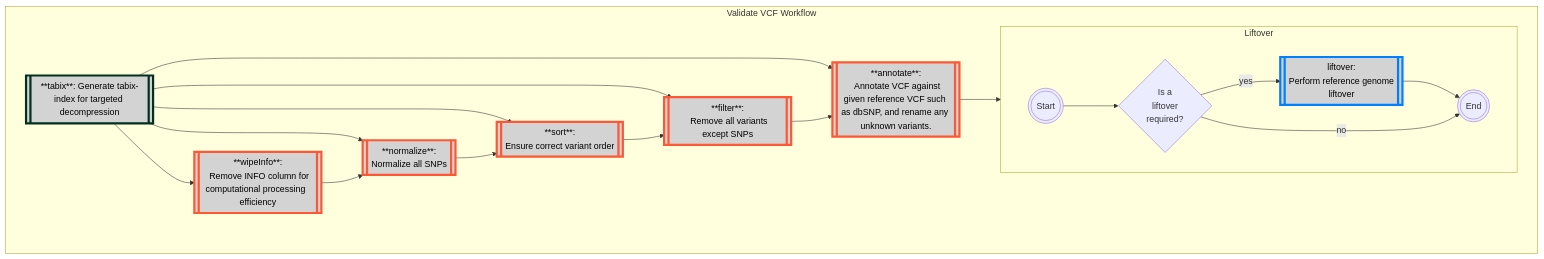
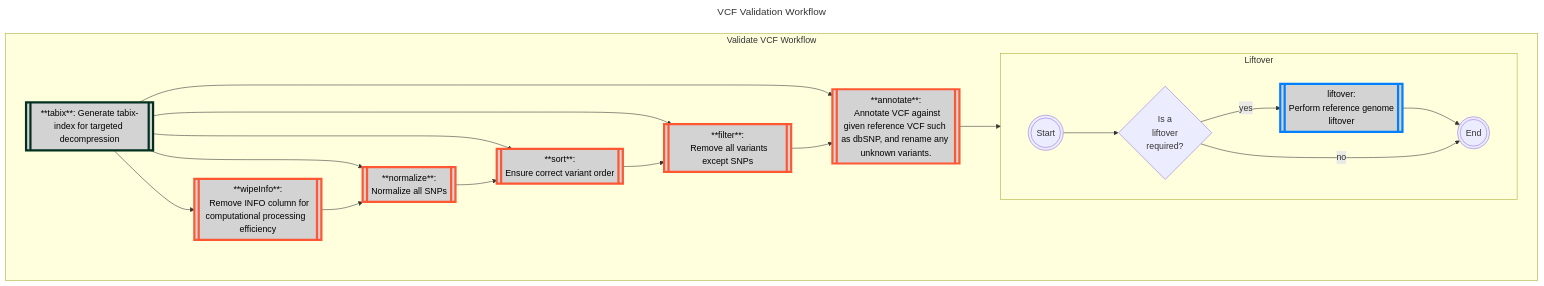
One commit to Tuks-ICMM/VCF-Validation-Workflow changed the diagram in docs/03-introduction/01-workflow-overview.md. Above: the diagram before and after it, drawn with Mermaid. The commit also changed other lines of this file and 1 other file, not shown here.

Commit message:
Updated Jekyl build dependancies and alterations to analysis graph

````diff
--- a/docs/03-introduction/01-workflow-overview.md
+++ b/docs/03-introduction/01-workflow-overview.md
@@ -31,49 +34,52 @@
 ```mermaid
+---
+title: VCF Validation Workflow
+---
 flowchart TD
 
   classDef bcftools stroke:#FF5733,fill:#D3D3D3,stroke-width:4px,color:black;
   classDef plink stroke:#36454F,fill:#D3D3D3,stroke-width:4px,color:black;
   classDef python stroke:#FEBE10,fill:#D3D3D3,stroke-width:4px,color:black;
   classDef admixture stroke:#333,fill:#D3D3D3,stroke-width:4px,color:black;
   classDef tabix stroke:#023020,fill:#D3D3D3,stroke-width:4px,color:black;
   classDef gatk stroke:#007FFF,fill:#D3D3D3,stroke-width:4px,color:black;
   classDef workflow stroke:#fff,fill:#000000,stroke-width:4px,color:white;
 
   subgraph ValidateVcfWorkflow [Validate VCF Workflow]
       wipeInfo[[**wipeInfo**:
   Remove INFO column for computational processing  efficiency]]
       normalize[[**normalize**:
   Normalize all SNPs]]
       sort[[**sort**:
   Ensure correct variant order]]
       filter[[**filter**:
   Remove all variants except SNPs]]
       annotate[[**annotate**:
   Annotate VCF against given reference VCF such as dbSNP, and rename any unknown variants.]]
 
       tabix[[**tabix**: Generate tabix-index for targeted decompression]]
 
       class tabix tabix;
       class wipeInfo,normalize,sort,filter,annotate bcftools;
 
       subgraph liftoverProtocol [Liftover]
           direction LR
           liftoverProtocolStart(((Start)))
           liftover[[liftover:
   Perform reference genome
   liftover]]
           liftoverProtocolEnd(((End)))
           ifLiftoverRequired{Is a
   liftover
   required?}
 
           liftoverProtocolStart --> ifLiftoverRequired
           ifLiftoverRequired --> |yes| liftover --> liftoverProtocolEnd
           ifLiftoverRequired --> |no| liftoverProtocolEnd
           class liftover gatk;
       end
 
       tabix --> wipeInfo & normalize & sort & filter & annotate
       wipeInfo --> normalize --> sort --> filter --> annotate --> liftoverProtocol
   end
 ```
````
